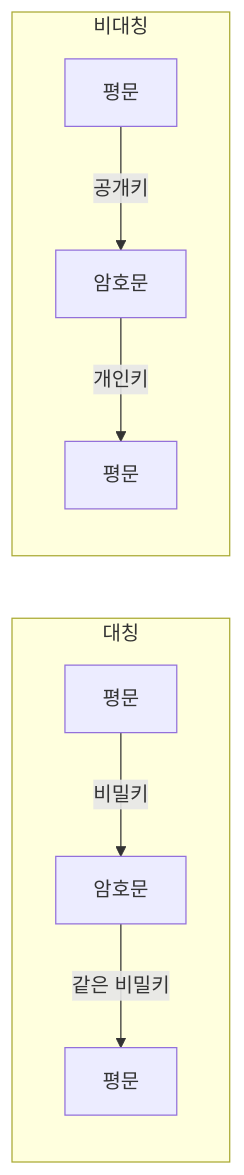
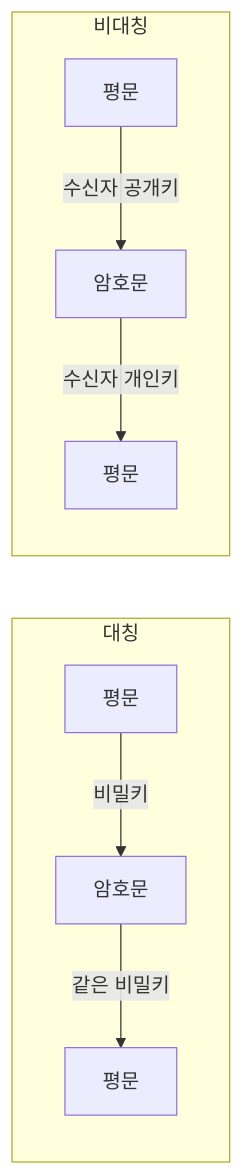
The diagram in content/symmetric-asymmetric-encryption.md (coninggu/wjdqhrhksflrltnftk), drawn with Mermaid before and after one commit. The commit also changed other lines of this file and 16 other files, not shown here.

````diff
--- a/content/symmetric-asymmetric-encryption.md
+++ b/content/symmetric-asymmetric-encryption.md
@@ -14,9 +15,9 @@
 ```mermaid
 flowchart LR
   subgraph SYM[대칭]
     A[평문] -->|비밀키| B[암호문] -->|같은 비밀키| C[평문]
   end
   subgraph ASYM[비대칭]
-    D[평문] -->|공개키| E[암호문] -->|개인키| F[평문]
+    D[평문] -->|수신자 공개키| E[암호문] -->|수신자 개인키| F[평문]
   end
 ```
````
